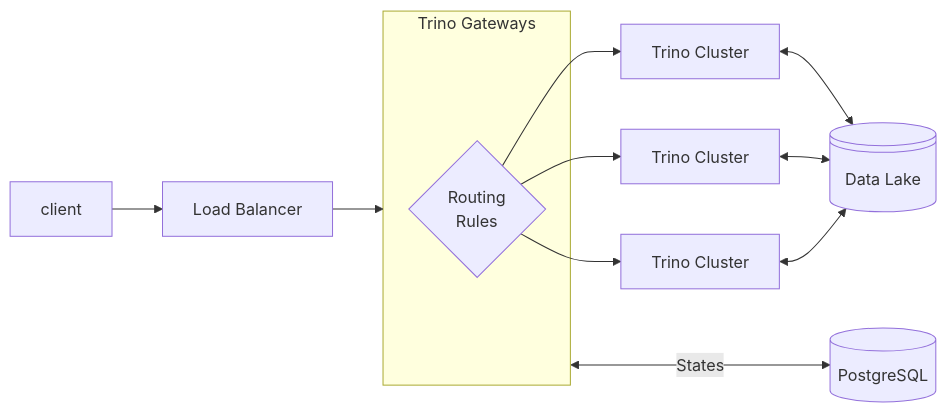
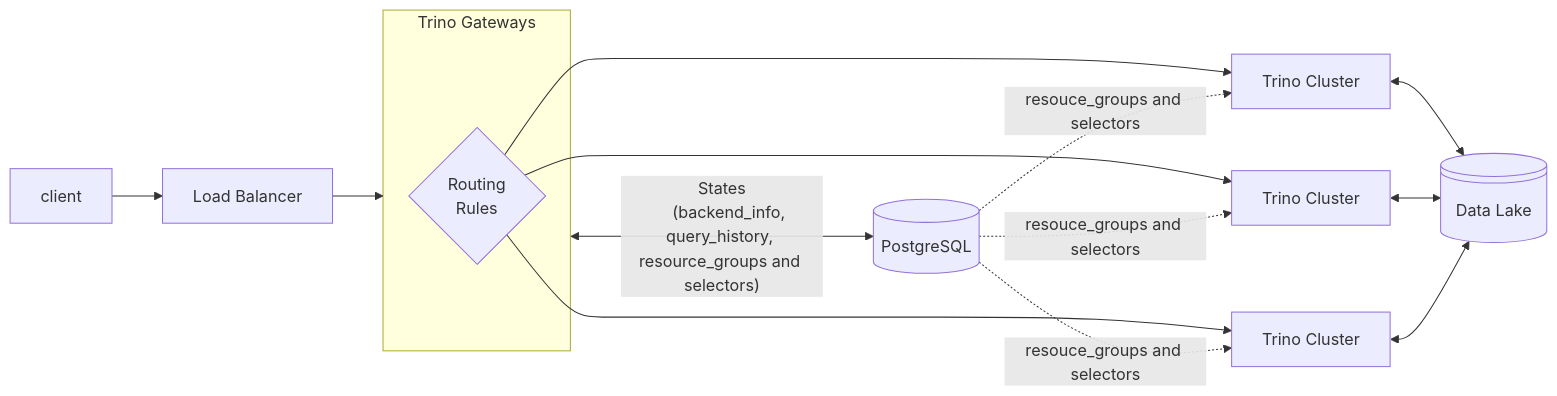
Before and after one commit to gavinjwl/trino-on-k8s: the second of 3 diagrams in README.md, drawn with Mermaid. The commit also changed other lines of this file, not shown here.

````diff
--- a/README.md
+++ b/README.md
@@ -22,15 +29,18 @@
 ```mermaid
 graph LR
     client["client"]
     client --> lb["Load Balancer"]
 
     lb["Load Balancer"] --> trino_gateway["Trino Gateway"]
     subgraph trino_gateway["Trino Gateways"]
         routing_rules@{ shape: diamond, label: "Routing
         Rules" }
     end
 
     routing_rules --> trino_cluster1["Trino Cluster"] & trino_cluster2["Trino Cluster"] & trino_cluster3["Trino Cluster"]
-    trino_gateway <--->|States| postgres@{ shape: database, label: "PostgreSQL" }
+    trino_gateway <--->|"States
+    (backend_info, query_history, resource_groups and selectors)"| postgres@{ shape: database, label: "PostgreSQL" }
     trino_cluster1["Trino Cluster"] & trino_cluster2["Trino Cluster"] & trino_cluster3["Trino Cluster"] <--> datalake@{ shape: lin-cyl, label: "Data Lake" }
+    
+    postgres -.->|"resouce_groups and selectors"| trino_cluster1["Trino Cluster"] & trino_cluster2["Trino Cluster"] & trino_cluster3["Trino Cluster"]
 ```
````
